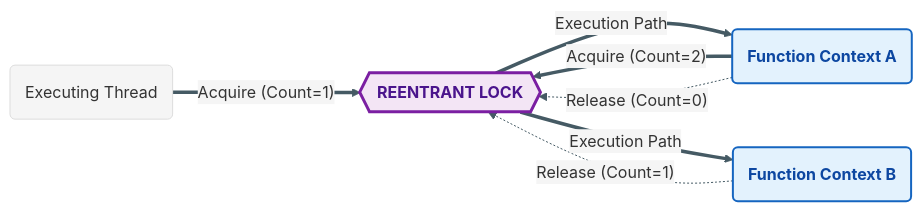
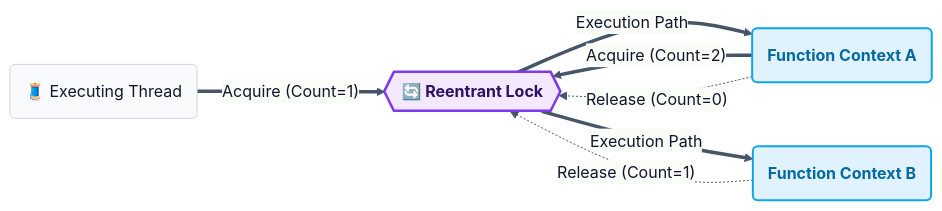
One commit to RameenAnwar/PDC-SP26-SE changed the fourth of 9 diagrams in SyedMuhammadHuzaifaAshrafi-(23FA-035-SE)/Chapter02/README.md. Above: the diagram before and after it, drawn with Mermaid. The commit also changed other lines of this file and 5 other files, not shown here.

````diff
--- a/SyedMuhammadHuzaifaAshrafi-(23FA-035-SE)/Chapter02/README.md
+++ b/SyedMuhammadHuzaifaAshrafi-(23FA-035-SE)/Chapter02/README.md
@@ -535,22 +164,22 @@
 ```mermaid
-%%{init: {'theme': 'base', 'themeVariables': { 'lineColor': '#455A64', 'primaryColor': '#F5F5F5' }}}%%
+%%{init: {'theme': 'base', 'themeVariables': { 'lineColor': '#475569', 'primaryColor': '#f8fafc', 'primaryTextColor': '#0f172a', 'primaryBorderColor': '#cbd5e1' }}}%%
 flowchart LR
-    %% Pro Max RLock Reentrancy Flow
-    classDef rlock fill:#F3E5F5,stroke:#7B1FA2,stroke-width:3px,color:#4A148C,font-weight:bold
-    classDef func fill:#E3F2FD,stroke:#1565C0,stroke-width:2px,color:#0D47A1,font-weight:bold
+    %% Premium RLock Reentrancy Flow
+    classDef rlock fill:#f3e8ff,stroke:#7c3aed,stroke-width:2.5px,color:#2e1065,font-weight:bold
+    classDef func fill:#e0f2fe,stroke:#0ea5e9,stroke-width:2px,color:#0369a1,font-weight:bold
 
-    T(Executing Thread)
-    R{{REENTRANT LOCK}}
-    F1(Function Context A)
-    F2(Function Context B)
+    T("🧵 Executing Thread")
+    R{{"🔄 Reentrant Lock"}}
+    F1("Function Context A")
+    F2("Function Context B")
 
     T == "Acquire (Count=1)" ==> R
     R == "Execution Path" ==> F1
     F1 == "Acquire (Count=2)" ==> R
     R == "Execution Path" ==> F2
     F2 -. "Release (Count=1)" .-> R
     F1 -. "Release (Count=0)" .-> R
 
     class R rlock
     class F1,F2 func
 ```
````
